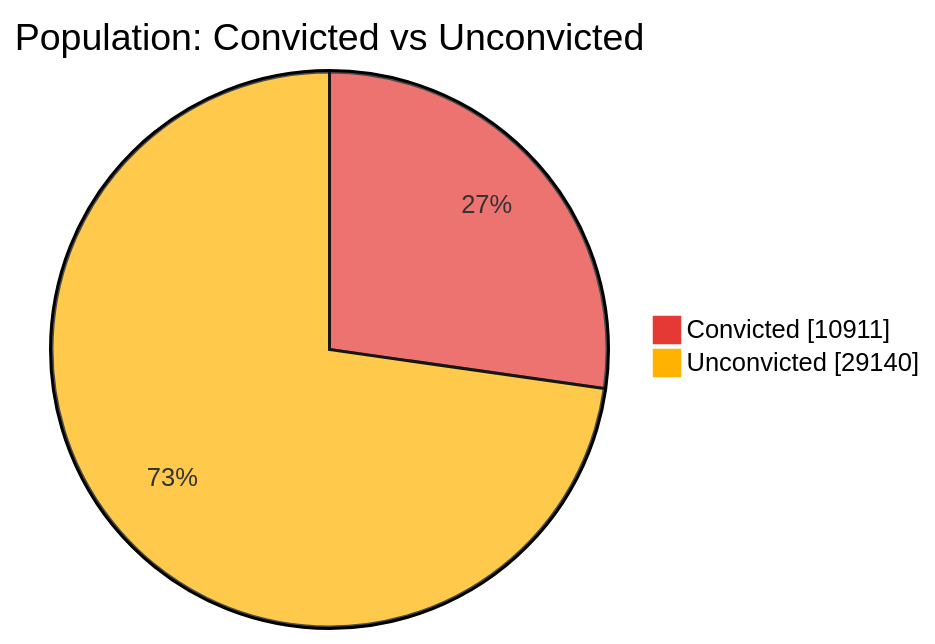
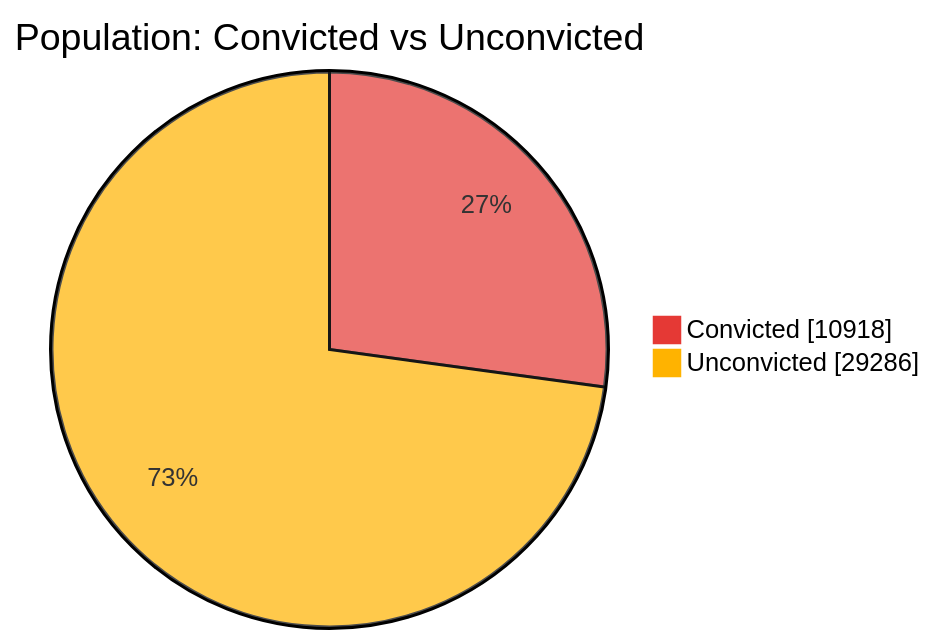
Before and after one commit to nuuuwan/lk_prisons: the first of 7 diagrams in README.md, drawn with Mermaid. The commit also changed other lines of this file and 1 other file, not shown here.

````diff
--- a/README.md
+++ b/README.md
@@ -43,6 +43,6 @@
 ```mermaid
 %%{init: {'themeVariables': {'pie1': '#E53935', 'pie2': '#FFB300'}}}%%
 pie showData title Population: Convicted vs Unconvicted
-    "Convicted" : 10911
-    "Unconvicted" : 29140
+    "Convicted" : 10918
+    "Unconvicted" : 29286
 ```
````
